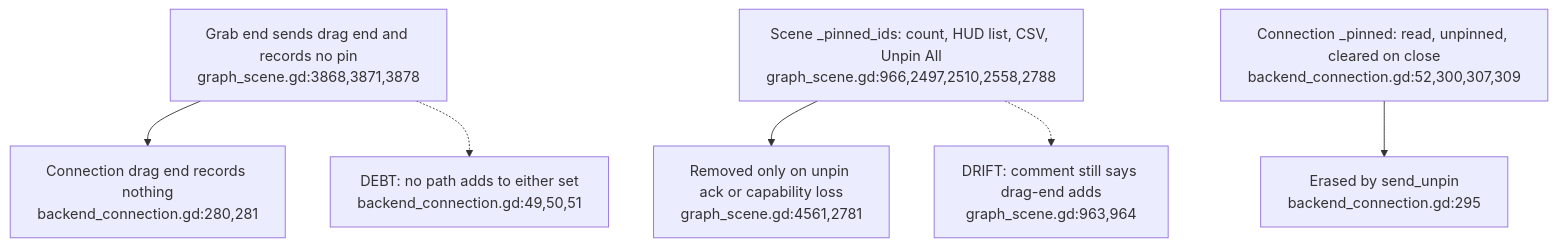
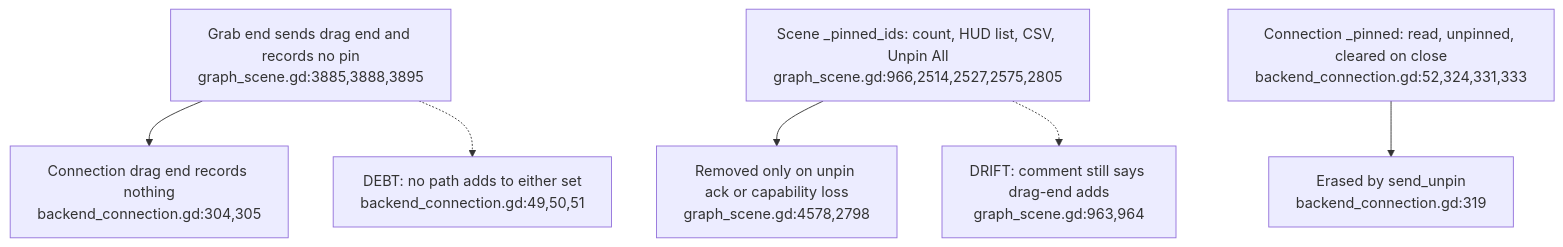
Before and after one commit to DreamLab-AI/VisionFlow: the sixth of 6 diagrams in docs/diagrams/visionclaw/53-xr-grab-lifetimes-and-input.md, drawn with Mermaid. The commit also changed other lines of this file and 49 other files, not shown here.

First line of the commit message:
docs(diagrams): re-derive and re-stamp VisionClaw, estate, knowledge-graph, visionGraph, VisionFlow and sidestr topics

````diff
--- a/docs/diagrams/visionclaw/53-xr-grab-lifetimes-and-input.md
+++ b/docs/diagrams/visionclaw/53-xr-grab-lifetimes-and-input.md
@@ -93,8 +93,8 @@
 ```mermaid
 flowchart TD
-    END["Grab end sends drag end and records no pin<br/>graph_scene.gd:3868,3871,3878"] --> CONN["Connection drag end records nothing<br/>backend_connection.gd:280,281"]
-    SCENE["Scene _pinned_ids: count, HUD list, CSV, Unpin All<br/>graph_scene.gd:966,2497,2510,2558,2788"] --> ACK["Removed only on unpin ack or capability loss<br/>graph_scene.gd:4561,2781"]
-    CONNSET["Connection _pinned: read, unpinned, cleared on close<br/>backend_connection.gd:52,300,307,309"] --> ACK2["Erased by send_unpin<br/>backend_connection.gd:295"]
+    END["Grab end sends drag end and records no pin<br/>graph_scene.gd:3885,3888,3895"] --> CONN["Connection drag end records nothing<br/>backend_connection.gd:304,305"]
+    SCENE["Scene _pinned_ids: count, HUD list, CSV, Unpin All<br/>graph_scene.gd:966,2514,2527,2575,2805"] --> ACK["Removed only on unpin ack or capability loss<br/>graph_scene.gd:4578,2798"]
+    CONNSET["Connection _pinned: read, unpinned, cleared on close<br/>backend_connection.gd:52,324,331,333"] --> ACK2["Erased by send_unpin<br/>backend_connection.gd:319"]
     END -.-> D1["DEBT: no path adds to either set<br/>backend_connection.gd:49,50,51"]
     SCENE -.-> D2["DRIFT: comment still says drag-end adds<br/>graph_scene.gd:963,964"]
 ```
````
